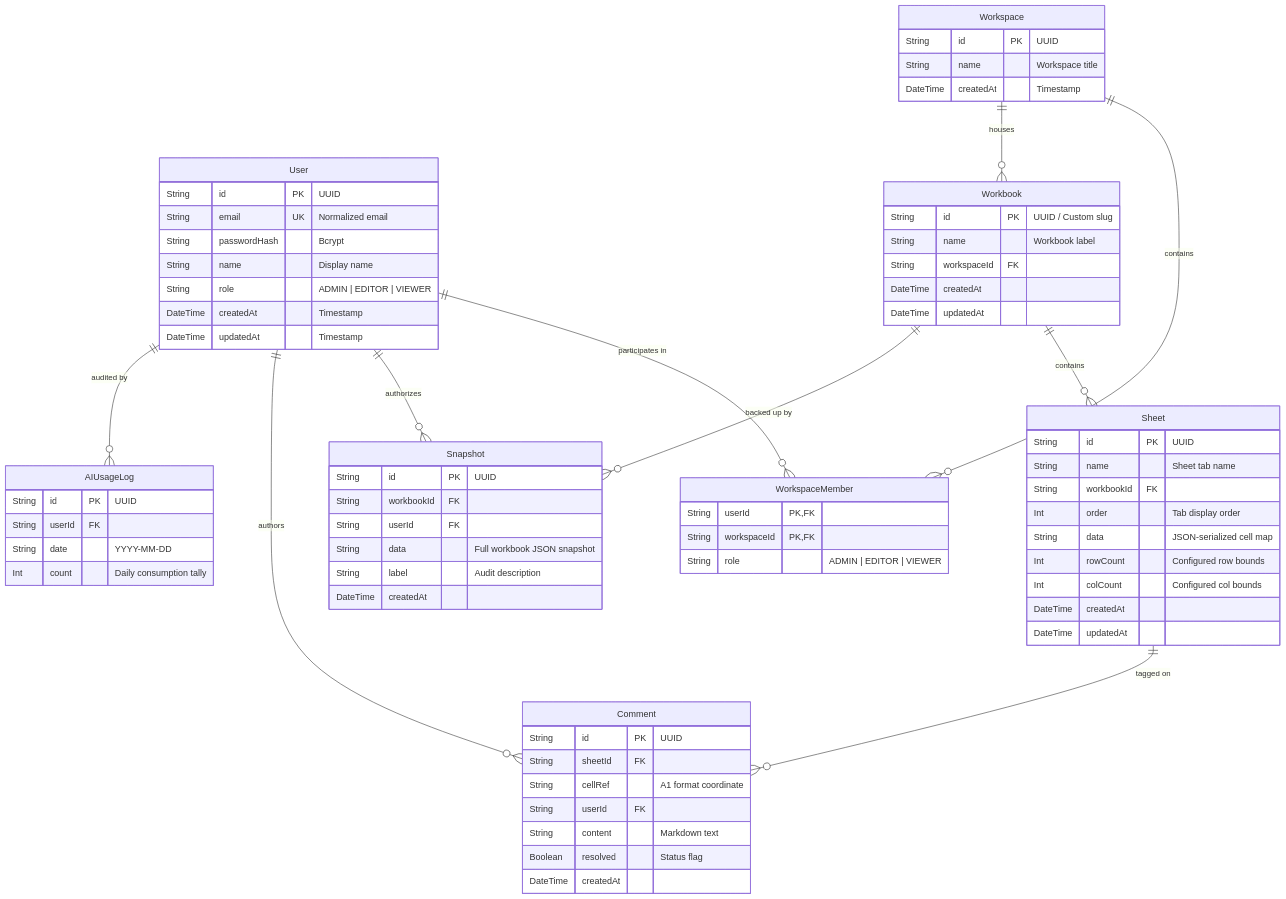
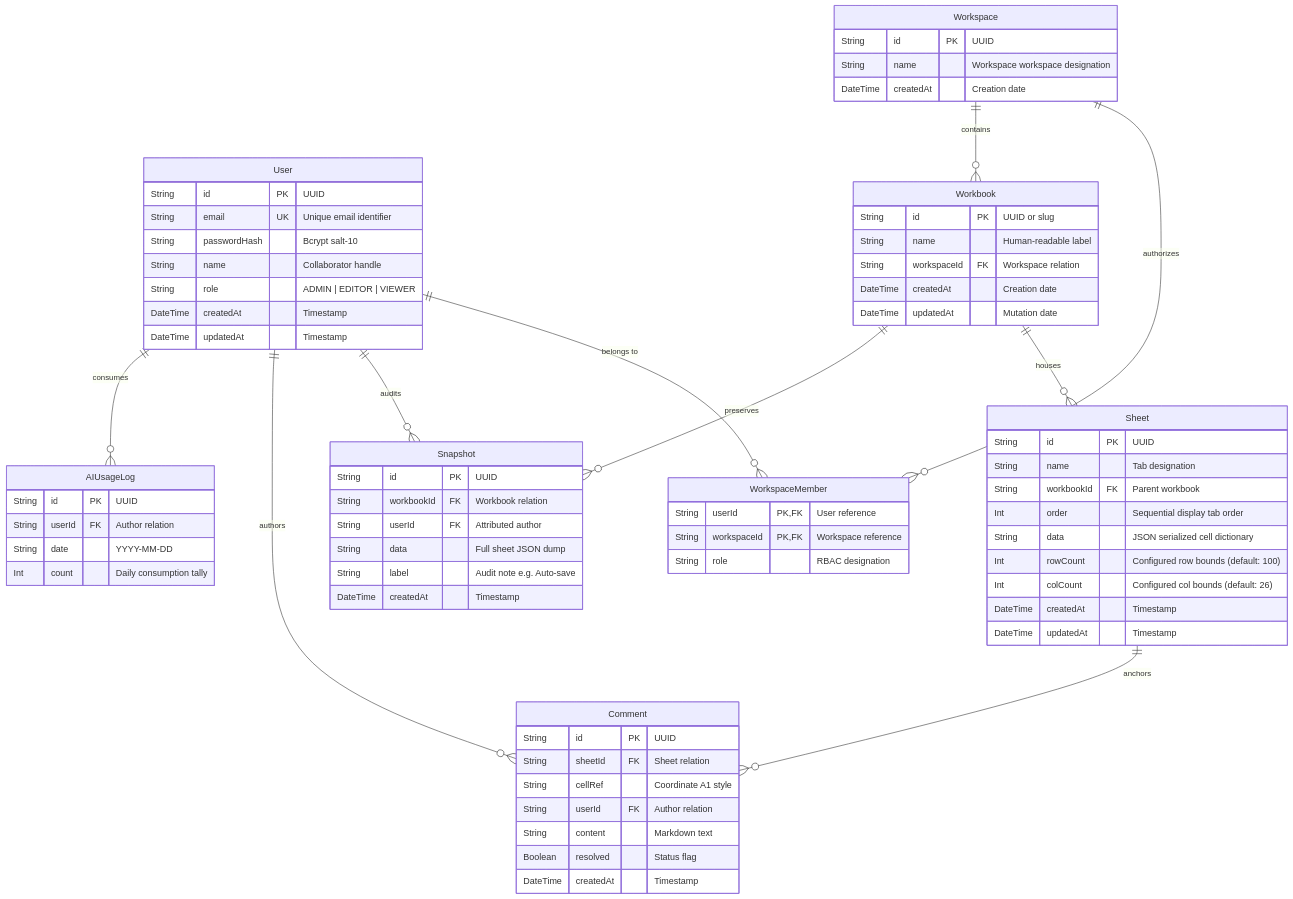
One commit to narwal4421/dora-sheet changed the fourth of 4 diagrams in README.md. Above: the diagram before and after it, drawn with Mermaid. The commit also changed other lines of this file, not shown here.

````diff
--- a/README.md
+++ b/README.md
@@ -427,80 +368,80 @@
 ```mermaid
 erDiagram
-    User ||--o{ WorkspaceMember : "participates in"
-    User ||--o{ Snapshot : "authorizes"
+    User ||--o{ WorkspaceMember : "belongs to"
+    User ||--o{ Snapshot : "audits"
     User ||--o{ Comment : "authors"
-    User ||--o{ AIUsageLog : "audited by"
-    Workspace ||--o{ WorkspaceMember : "contains"
-    Workspace ||--o{ Workbook : "houses"
-    Workbook ||--o{ Sheet : "contains"
-    Workbook ||--o{ Snapshot : "backed up by"
-    Sheet ||--o{ Comment : "tagged on"
+    User ||--o{ AIUsageLog : "consumes"
+    Workspace ||--o{ WorkspaceMember : "authorizes"
+    Workspace ||--o{ Workbook : "contains"
+    Workbook ||--o{ Sheet : "houses"
+    Workbook ||--o{ Snapshot : "preserves"
+    Sheet ||--o{ Comment : "anchors"
 
     User {
         String id PK "UUID"
-        String email UK "Normalized email"
-        String passwordHash "Bcrypt"
-        String name "Display name"
+        String email UK "Unique email identifier"
+        String passwordHash "Bcrypt salt-10"
+        String name "Collaborator handle"
         String role "ADMIN | EDITOR | VIEWER"
         DateTime createdAt "Timestamp"
         DateTime updatedAt "Timestamp"
     }
 
     Workspace {
         String id PK "UUID"
-        String name "Workspace title"
-        DateTime createdAt "Timestamp"
+        String name "Workspace workspace designation"
+        DateTime createdAt "Creation date"
     }
 
     WorkspaceMember {
-        String userId PK,FK
-        String workspaceId PK,FK
-        String role "ADMIN | EDITOR | VIEWER"
+        String userId PK,FK "User reference"
+        String workspaceId PK,FK "Workspace reference"
+        String role "RBAC designation"
     }
 
     Workbook {
-        String id PK "UUID / Custom slug"
-        String name "Workbook label"
-        String workspaceId FK
-        DateTime createdAt
-        DateTime updatedAt
+        String id PK "UUID or slug"
+        String name "Human-readable label"
+        String workspaceId FK "Workspace relation"
+        DateTime createdAt "Creation date"
+        DateTime updatedAt "Mutation date"
     }
 
     Sheet {
         String id PK "UUID"
-        String name "Sheet tab name"
-        String workbookId FK
-        Int order "Tab display order"
-        String data "JSON-serialized cell map"
-        Int rowCount "Configured row bounds"
-        Int colCount "Configured col bounds"
-        DateTime createdAt
-        DateTime updatedAt
+        String name "Tab designation"
+        String workbookId FK "Parent workbook"
+        Int order "Sequential display tab order"
+        String data "JSON serialized cell dictionary"
+        Int rowCount "Configured row bounds (default: 100)"
+        Int colCount "Configured col bounds (default: 26)"
+        DateTime createdAt "Timestamp"
+        DateTime updatedAt "Timestamp"
     }
 
     Snapshot {
         String id PK "UUID"
-        String workbookId FK
-        String userId FK
-        String data "Full workbook JSON snapshot"
-        String label "Audit description"
-        DateTime createdAt
+        String workbookId FK "Workbook relation"
+        String userId FK "Attributed author"
+        String data "Full sheet JSON dump"
+        String label "Audit note e.g. Auto-save"
+        DateTime createdAt "Timestamp"
     }
 
     Comment {
         String id PK "UUID"
-        String sheetId FK
-        String cellRef "A1 format coordinate"
-        String userId FK
+        String sheetId FK "Sheet relation"
+        String cellRef "Coordinate A1 style"
+        String userId FK "Author relation"
         String content "Markdown text"
         Boolean resolved "Status flag"
-        DateTime createdAt
+        DateTime createdAt "Timestamp"
     }
 
     AIUsageLog {
         String id PK "UUID"
-        String userId FK
+        String userId FK "Author relation"
         String date "YYYY-MM-DD"
         Int count "Daily consumption tally"
     }
 ```
````
